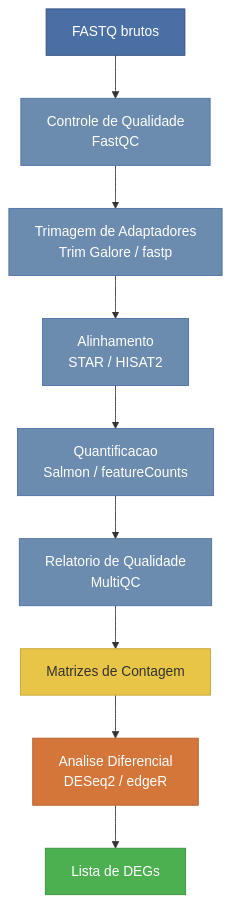
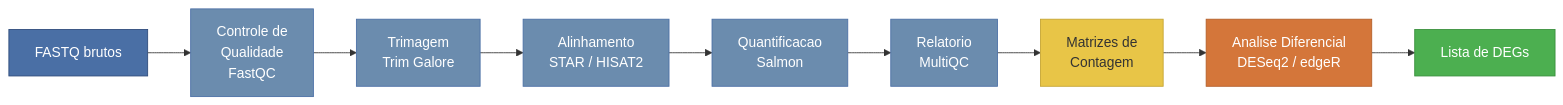
One commit to madsondeluna/nfcore-rnaseq-docker changed the diagram in README.md. Above: the diagram before and after it, drawn with Mermaid.

Commit message:
Corrigir quebras de linha no Mermaid e mudar para layout horizontal

````diff
--- a/README.md
+++ b/README.md
@@ -41,21 +41,21 @@
 ```mermaid
-flowchart TD
-    A["FASTQ brutos"] --> B["Controle de Qualidade\nFastQC"]
-    B --> C["Trimagem de Adaptadores\nTrim Galore / fastp"]
-    C --> D["Alinhamento\nSTAR / HISAT2"]
-    D --> E["Quantificacao\nSalmon / featureCounts"]
-    E --> F["Relatorio de Qualidade\nMultiQC"]
-    F --> G["Matrizes de Contagem"]
-    G --> H["Analise Diferencial\nDESeq2 / edgeR"]
+flowchart LR
+    A["FASTQ brutos"] --> B["Controle de<br>Qualidade<br>FastQC"]
+    B --> C["Trimagem<br>Trim Galore"]
+    C --> D["Alinhamento<br>STAR / HISAT2"]
+    D --> E["Quantificacao<br>Salmon"]
+    E --> F["Relatorio<br>MultiQC"]
+    F --> G["Matrizes de<br>Contagem"]
+    G --> H["Analise Diferencial<br>DESeq2 / edgeR"]
     H --> I["Lista de DEGs"]
 
     style A fill:#4a6fa5,stroke:#2d4a7a,color:#ffffff
     style B fill:#6b8cae,stroke:#4a6fa5,color:#ffffff
     style C fill:#6b8cae,stroke:#4a6fa5,color:#ffffff
     style D fill:#6b8cae,stroke:#4a6fa5,color:#ffffff
     style E fill:#6b8cae,stroke:#4a6fa5,color:#ffffff
     style F fill:#6b8cae,stroke:#4a6fa5,color:#ffffff
     style G fill:#e8c547,stroke:#c4a432,color:#333333
     style H fill:#d4763a,stroke:#b35e28,color:#ffffff
     style I fill:#4caf50,stroke:#388e3c,color:#ffffff
 ```
````
